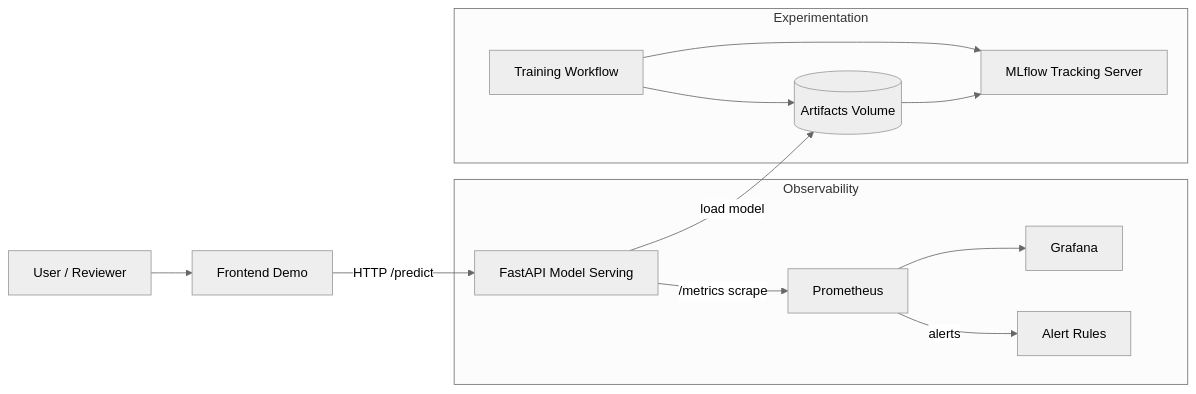
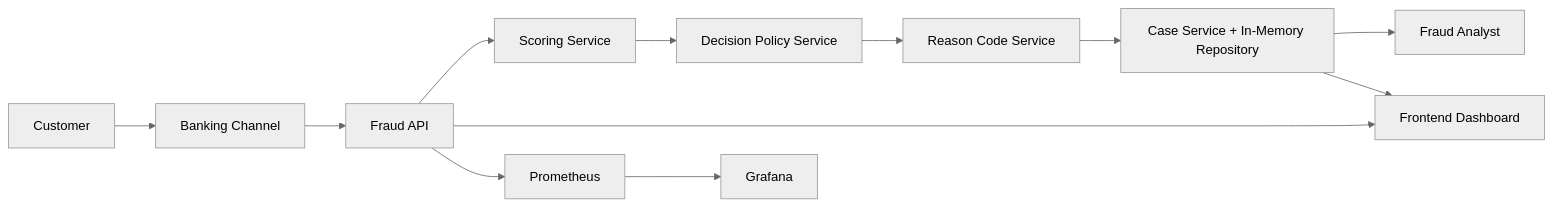
One commit to AnBinh1703/Final_Project_DMM501_Group1 changed the first of 4 diagrams in ARCHITECTURE.md. Above: the diagram before and after it, drawn with Mermaid (neutral theme). The commit also changed other lines of this file and 61 other files, not shown here.

````diff
--- a/ARCHITECTURE.md
+++ b/ARCHITECTURE.md
@@ -7,18 +14,16 @@
 ```mermaid
 flowchart LR
-  U[User / Reviewer] --> FE[Frontend Demo]
-  FE -->|HTTP /predict| API[FastAPI Model Serving]
-  API -->|load model| ART[(Artifacts Volume)]
+  CUSTOMER[Customer] --> CHANNEL[Banking Channel]
+  CHANNEL --> API[Fraud API]
+  API --> SCORE[Scoring Service]
+  SCORE --> POLICY[Decision Policy Service]
+  POLICY --> REASON[Reason Code Service]
+  REASON --> CASE[Case Service + In-Memory Repository]
 
-  subgraph Observability
-    API -->|/metrics scrape| PROM[Prometheus]
-    PROM --> GRAF[Grafana]
-    PROM -->|alerts| ALERTS[Alert Rules]
-  end
+  CASE --> ANALYST[Fraud Analyst]
+  API --> UI[Frontend Dashboard]
+  CASE --> UI
 
-  subgraph Experimentation
-    TRAIN[Training Workflow] --> ART
-    TRAIN --> MLFLOW[MLflow Tracking Server]
-    ART --> MLFLOW
-  end
+  API --> PROM[Prometheus]
+  PROM --> GRAF[Grafana]
 ```
````
